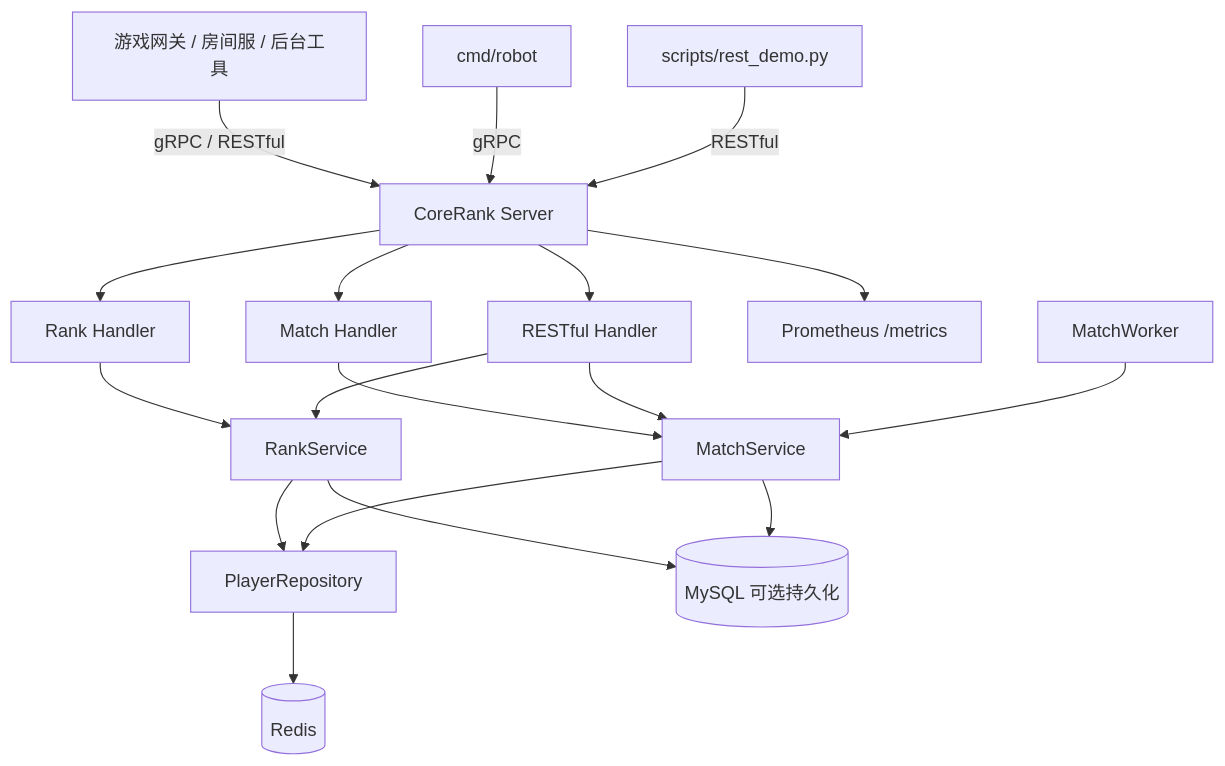
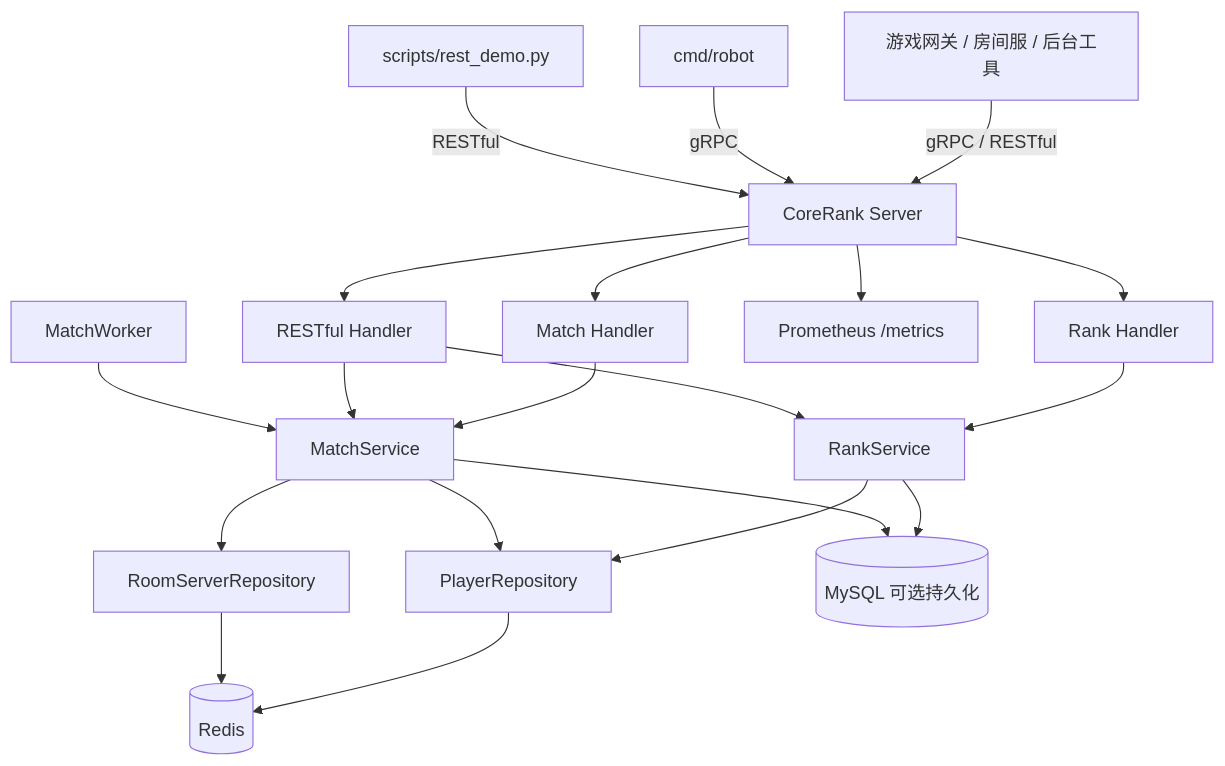
One commit to jingjie2002/CoreRank changed the diagram in docs/architecture.md. Above: the diagram before and after it, drawn with Mermaid. The commit also changed other lines of this file and 20 other files, not shown here.

Commit message:
feat: add redis room server assignment

````diff
--- a/docs/architecture.md
+++ b/docs/architecture.md
@@ -13,24 +13,26 @@
 ```mermaid
 graph TB
     Gateway["游戏网关 / 房间服 / 后台工具"] -->|"gRPC / RESTful"| Server["CoreRank Server"]
     Robot["cmd/robot"] -->|"gRPC"| Server
     Demo["scripts/rest_demo.py"] -->|"RESTful"| Server
 
     Server --> RankHandler["Rank Handler"]
     Server --> MatchHandler["Match Handler"]
     Server --> HTTPHandler["RESTful Handler"]
     Server --> Metrics["Prometheus /metrics"]
 
     RankHandler --> RankService["RankService"]
     HTTPHandler --> RankService
     MatchHandler --> MatchService["MatchService"]
     HTTPHandler --> MatchService
 
     RankService --> RedisRepo["PlayerRepository"]
     MatchService --> RedisRepo
+    MatchService --> RoomServerRepo["RoomServerRepository"]
     MatchWorker["MatchWorker"] --> MatchService
 
     RedisRepo --> Redis[("Redis")]
+    RoomServerRepo --> Redis
     RankService --> MySQL[("MySQL 可选持久化")]
     MatchService --> MySQL
 ```
````
